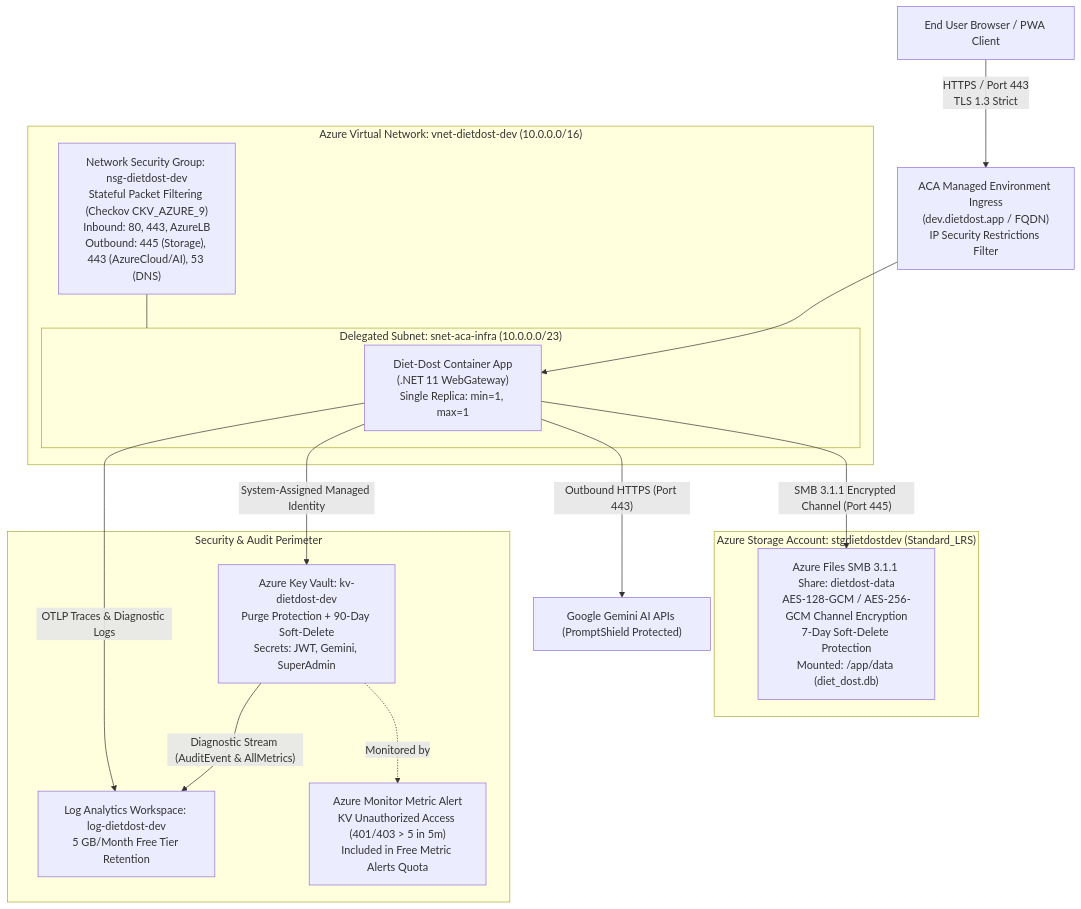
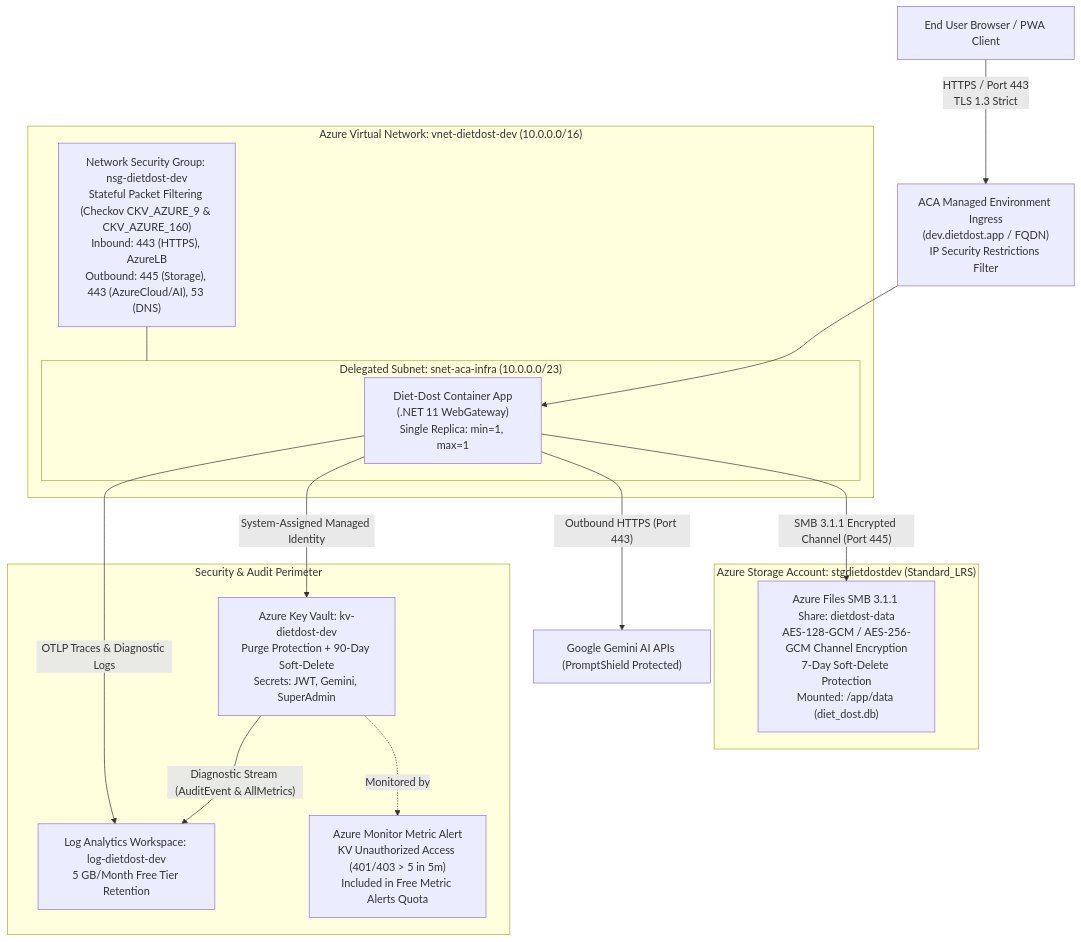
One commit to nikunjbanker/diet-dost changed the third of 3 diagrams in docs/sdd/05_devops_and_infrastructure.md. Above: the diagram before and after it, drawn with Mermaid. The commit also changed other lines of this file and 4 other files, not shown here.

Commit message:
fix(infra): restrict NSG inbound to HTTPS port 443 to satisfy Checkov CKV_AZURE_160

````diff
--- a/docs/sdd/05_devops_and_infrastructure.md
+++ b/docs/sdd/05_devops_and_infrastructure.md
@@ -292,31 +292,31 @@
 ```mermaid
 graph TD
     Client["End User Browser / PWA Client"] -->|"HTTPS / Port 443<br/>TLS 1.3 Strict"| ACA_Ingress["ACA Managed Environment Ingress<br/>(dev.dietdost.app / FQDN)<br/>IP Security Restrictions Filter"]
 
     subgraph Azure_VNet ["Azure Virtual Network: vnet-dietdost-dev (10.0.0.0/16)"]
         subgraph Subnet_Infra ["Delegated Subnet: snet-aca-infra (10.0.0.0/23)"]
             ACA_App["Diet-Dost Container App<br/>(.NET 11 WebGateway)<br/>Single Replica: min=1, max=1"]
         end
-        NSG["Network Security Group: nsg-dietdost-dev<br/>Stateful Packet Filtering (Checkov CKV_AZURE_9)<br/>Inbound: 80, 443, AzureLB<br/>Outbound: 445 (Storage), 443 (AzureCloud/AI), 53 (DNS)"]
+        NSG["Network Security Group: nsg-dietdost-dev<br/>Stateful Packet Filtering (Checkov CKV_AZURE_9 & CKV_AZURE_160)<br/>Inbound: 443 (HTTPS), AzureLB<br/>Outbound: 445 (Storage), 443 (AzureCloud/AI), 53 (DNS)"]
         NSG --- Subnet_Infra
     end
 
     ACA_Ingress --> ACA_App
 
     subgraph Storage_Boundary ["Azure Storage Account: stgdietdostdev (Standard_LRS)"]
         SMB_Share["Azure Files SMB 3.1.1 Share: dietdost-data<br/>AES-128-GCM / AES-256-GCM Channel Encryption<br/>7-Day Soft-Delete Protection<br/>Mounted: /app/data (diet_dost.db)"]
     end
 
     subgraph Security_Perimeter ["Security & Audit Perimeter"]
         KV["Azure Key Vault: kv-dietdost-dev<br/>Purge Protection + 90-Day Soft-Delete<br/>Secrets: JWT, Gemini, SuperAdmin"]
         LAW["Log Analytics Workspace: log-dietdost-dev<br/>5 GB/Month Free Tier Retention"]
         Alert["Azure Monitor Metric Alert<br/>KV Unauthorized Access (401/403 > 5 in 5m)<br/>Included in Free Metric Alerts Quota"]
     end
 
     ACA_App -->|"SMB 3.1.1 Encrypted Channel (Port 445)"| SMB_Share
     ACA_App -->|"System-Assigned Managed Identity"| KV
     KV -->|"Diagnostic Stream (AuditEvent & AllMetrics)"| LAW
     KV -.->|"Monitored by"| Alert
     ACA_App -->|"OTLP Traces & Diagnostic Logs"| LAW
     ACA_App -->|"Outbound HTTPS (Port 443)"| GeminiAPI["Google Gemini AI APIs (PromptShield Protected)"]
 ```
````
